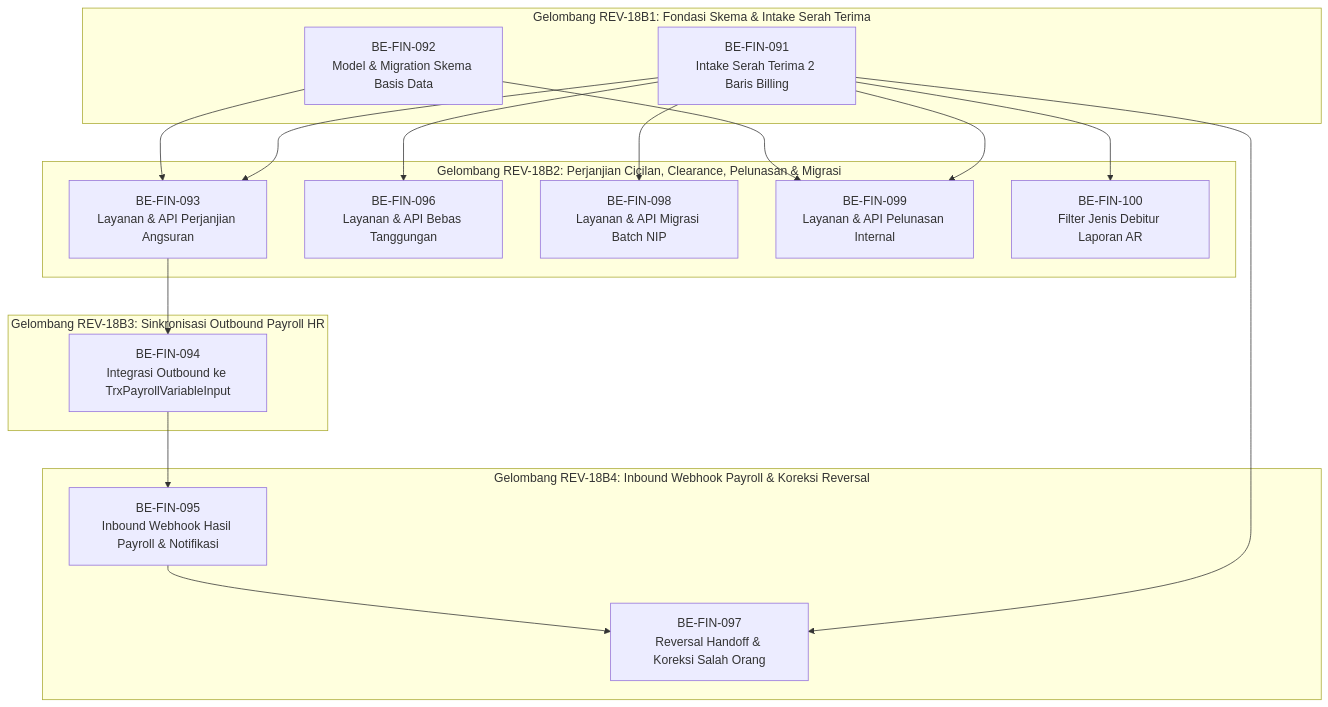
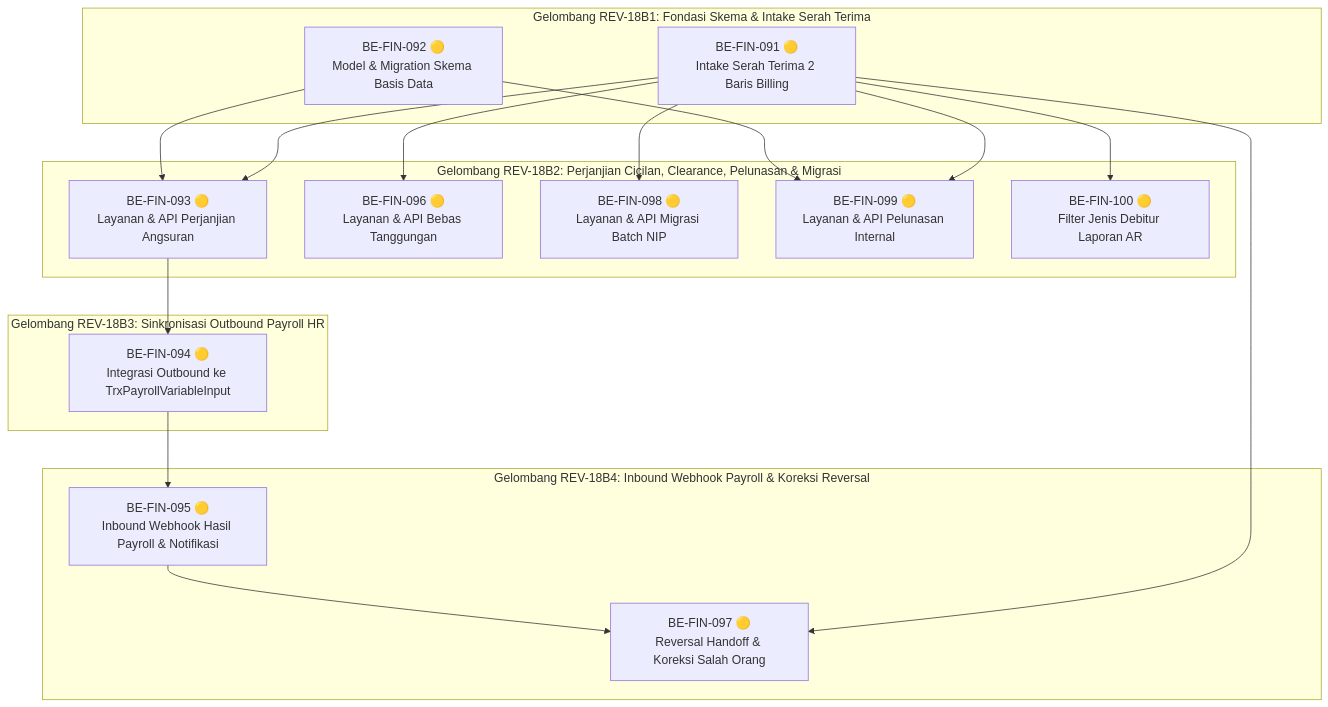
Before and after one commit to DevBenari/NewQuilvianSystemBackend: the second of 2 diagrams in docs/module-blueprints/finance-management/roadmap/01-backend-roadmap.md, drawn with Mermaid. The commit also changed other lines of this file and 45 other files, not shown here.

First line of the commit message:
feat(finance): implement batch import for employee receivables (BE-FIN-098)

````diff
--- a/docs/module-blueprints/finance-management/roadmap/01-backend-roadmap.md
+++ b/docs/module-blueprints/finance-management/roadmap/01-backend-roadmap.md
@@ -1332,37 +1332,37 @@
 ```mermaid
 flowchart TD
     subgraph REV_18B1["Gelombang REV-18B1: Fondasi Skema & Intake Serah Terima"]
-        BE_FIN_091["BE-FIN-091<br/>Intake Serah Terima 2 Baris Billing"]
-        BE_FIN_092["BE-FIN-092<br/>Model & Migration Skema Basis Data"]
+        BE_FIN_091["BE-FIN-091 🟡<br/>Intake Serah Terima 2 Baris Billing"]
+        BE_FIN_092["BE-FIN-092 🟡<br/>Model & Migration Skema Basis Data"]
     end
 
     subgraph REV_18B2["Gelombang REV-18B2: Perjanjian Cicilan, Clearance, Pelunasan & Migrasi"]
-        BE_FIN_093["BE-FIN-093<br/>Layanan & API Perjanjian Angsuran"]
-        BE_FIN_096["BE-FIN-096<br/>Layanan & API Bebas Tanggungan"]
-        BE_FIN_098["BE-FIN-098<br/>Layanan & API Migrasi Batch NIP"]
-        BE_FIN_099["BE-FIN-099<br/>Layanan & API Pelunasan Internal"]
-        BE_FIN_100["BE-FIN-100<br/>Filter Jenis Debitur Laporan AR"]
+        BE_FIN_093["BE-FIN-093 🟡<br/>Layanan & API Perjanjian Angsuran"]
+        BE_FIN_096["BE-FIN-096 🟡<br/>Layanan & API Bebas Tanggungan"]
+        BE_FIN_098["BE-FIN-098 🟡<br/>Layanan & API Migrasi Batch NIP"]
+        BE_FIN_099["BE-FIN-099 🟡<br/>Layanan & API Pelunasan Internal"]
+        BE_FIN_100["BE-FIN-100 🟡<br/>Filter Jenis Debitur Laporan AR"]
     end
 
     subgraph REV_18B3["Gelombang REV-18B3: Sinkronisasi Outbound Payroll HR"]
-        BE_FIN_094["BE-FIN-094<br/>Integrasi Outbound ke TrxPayrollVariableInput"]
+        BE_FIN_094["BE-FIN-094 🟡<br/>Integrasi Outbound ke TrxPayrollVariableInput"]
     end
 
     subgraph REV_18B4["Gelombang REV-18B4: Inbound Webhook Payroll & Koreksi Reversal"]
-        BE_FIN_095["BE-FIN-095<br/>Inbound Webhook Hasil Payroll & Notifikasi"]
-        BE_FIN_097["BE-FIN-097<br/>Reversal Handoff & Koreksi Salah Orang"]
+        BE_FIN_095["BE-FIN-095 🟡<br/>Inbound Webhook Hasil Payroll & Notifikasi"]
+        BE_FIN_097["BE-FIN-097 🟡<br/>Reversal Handoff & Koreksi Salah Orang"]
     end
 
     BE_FIN_091 --> BE_FIN_093
     BE_FIN_092 --> BE_FIN_093
     BE_FIN_091 --> BE_FIN_096
     BE_FIN_091 --> BE_FIN_098
     BE_FIN_091 --> BE_FIN_099
     BE_FIN_092 --> BE_FIN_099
     BE_FIN_091 --> BE_FIN_100
 
     BE_FIN_093 --> BE_FIN_094
     BE_FIN_094 --> BE_FIN_095
     BE_FIN_091 --> BE_FIN_097
     BE_FIN_095 --> BE_FIN_097
 ```
````
